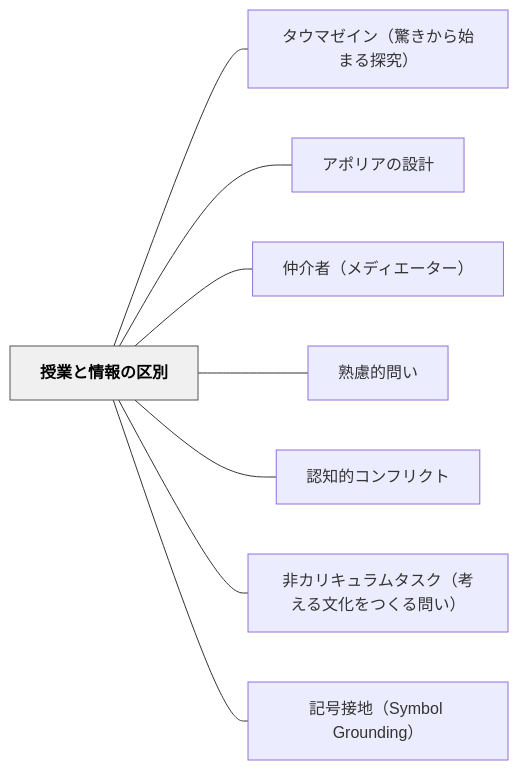
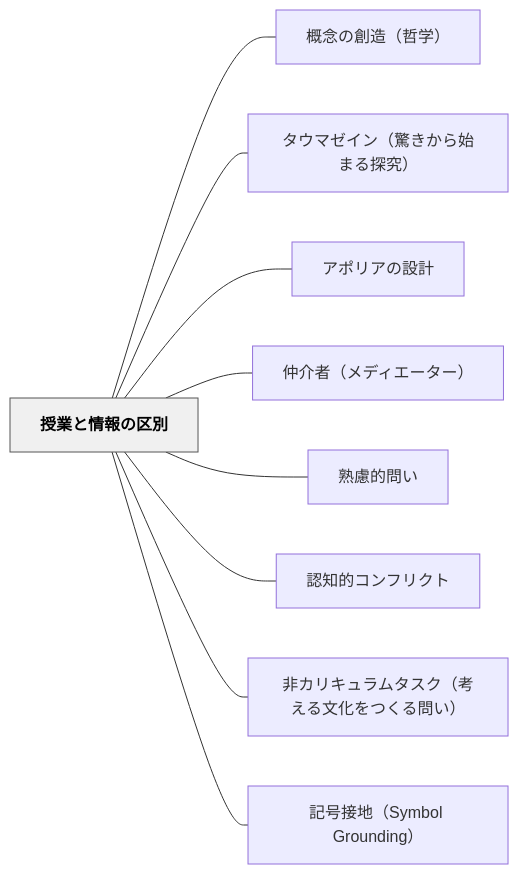
One commit to unknownthings-ed-patterns/unknownthings-ed-patterns changed the diagram in content/パタン/授業と情報の区別.md. Above: the diagram before and after it, drawn with Mermaid. The commit also changed other lines of this file and 185 other files, not shown here.

````diff
--- a/content/パタン/授業と情報の区別.md
+++ b/content/パタン/授業と情報の区別.md
@@ -122,22 +123,24 @@
 ```mermaid
 flowchart LR
     ne68e88e6a5ade381a8e68385e5a0b1e381aee58cbae588a5["授業と情報の区別"]
+    ne6a682e5bfb5e381aee589b5e980a0efbc88e593b2e5ada6efbc89["概念の創造（哲学）"]
     ne382bfe382a6e3839ee382bce382a4e383b3efbc88e9a99ae3818de3818be38289e5a78be381bee3828be68ea2e7a9b6efbc89["タウマゼイン（驚きから始まる探究）"]
     ne382a2e3839de383aae382a2e381aee8a8ade8a888["アポリアの設計"]
     ne4bbb2e4bb8be88085efbc88e383a1e38387e382a3e382a8e383bce382bfe383bcefbc89["仲介者（メディエーター）"]
     ne7869fe685aee79a84e5958fe38184["熟慮的問い"]
     ne8aa8de79fa5e79a84e382b3e383b3e38395e383aae382afe38388["認知的コンフリクト"]
     ne99d9ee382abe383aae382ade383a5e383a9e383a0e382bfe382b9e382afefbc88e88083e38188e3828be69687e58c96e38292e381a4e3818fe3828be5958fe38184efbc89["非カリキュラムタスク（考える文化をつくる問い）"]
     ne8a898e58fb7e68ea5e59cb0efbc8853796d626f6c2047726f756e64696e67efbc89["記号接地（Symbol Grounding）"]
 
+    ne68e88e6a5ade381a8e68385e5a0b1e381aee58cbae588a5 --- ne6a682e5bfb5e381aee589b5e980a0efbc88e593b2e5ada6efbc89
     ne68e88e6a5ade381a8e68385e5a0b1e381aee58cbae588a5 --- ne382bfe382a6e3839ee382bce382a4e383b3efbc88e9a99ae3818de3818be38289e5a78be381bee3828be68ea2e7a9b6efbc89
     ne68e88e6a5ade381a8e68385e5a0b1e381aee58cbae588a5 --- ne382a2e3839de383aae382a2e381aee8a8ade8a888
     ne68e88e6a5ade381a8e68385e5a0b1e381aee58cbae588a5 --- ne4bbb2e4bb8be88085efbc88e383a1e38387e382a3e382a8e383bce382bfe383bcefbc89
     ne68e88e6a5ade381a8e68385e5a0b1e381aee58cbae588a5 --- ne7869fe685aee79a84e5958fe38184
     ne68e88e6a5ade381a8e68385e5a0b1e381aee58cbae588a5 --- ne8aa8de79fa5e79a84e382b3e383b3e38395e383aae382afe38388
     ne68e88e6a5ade381a8e68385e5a0b1e381aee58cbae588a5 --- ne99d9ee382abe383aae382ade383a5e383a9e383a0e382bfe382b9e382afefbc88e88083e38188e3828be69687e58c96e38292e381a4e3818fe3828be5958fe38184efbc89
     ne68e88e6a5ade381a8e68385e5a0b1e381aee58cbae588a5 --- ne8a898e58fb7e68ea5e59cb0efbc8853796d626f6c2047726f756e64696e67efbc89
 
     classDef hub fill:#f0f0f0,stroke:#555,color:#000,font-weight:bold
     class ne68e88e6a5ade381a8e68385e5a0b1e381aee58cbae588a5 hub
 ```
````
